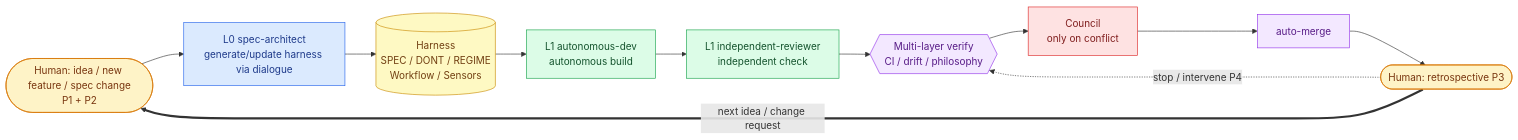
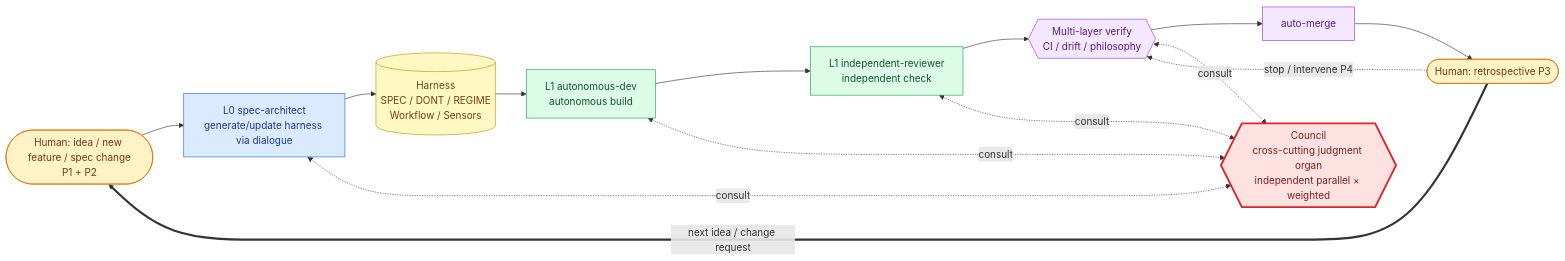
The diagram in README.en.md (samejima-ai/dialog-harness), drawn with Mermaid before and after one commit. The commit also changed other lines of this file and 1 other file, not shown here.

Commit message:
docs(readme): reposition Council as cross-cutting organ in flow diagram
旧図は VERIFY → COUNCIL → MERGE と Council を固定パイプライン step として
描いており、Council が「拮抗時の一段階」という誤解を招いていた。

Council は **判断が要る全ての地点から起動可能な横断機構** であるという
philosophy 第 7 条「サポートではなく 4 役割の 1 つ」の本来の位置づけを
図に反映:

- COUNCIL を主パイプラインから外し、独立ノードとして配置
- L0 / L1 / independent-reviewer / multi-layer verify から双方向破線
  （<-. 判断諮問 .->）で接続。それぞれの地点で判断が必要なときに
  諮問・合議結果を受け取る関係性を可視化
- COUNCIL ノードを stroke-width:3px で視覚的に区別
- 「図の読み方」セクションを追加し、太い実線 (L0 ループ) / 細い実線
  (パイプライン) / 破線 (横断 Council) の意味を明示

````diff
--- a/README.en.md
+++ b/README.en.md
@@ -78,20 +78,25 @@
 ```mermaid
 flowchart LR
     H1([Human: idea / new feature / spec change<br/>P1 + P2]):::human --> L0
     L0[L0 spec-architect<br/>generate/update harness via dialogue]:::l0 --> HARNESS[(Harness<br/>SPEC / DONT / REGIME<br/>Workflow / Sensors)]:::harness
     HARNESS --> L1[L1 autonomous-dev<br/>autonomous build]:::l1
     L1 --> REVIEW[L1 independent-reviewer<br/>independent check]:::l1
     REVIEW --> VERIFY{{Multi-layer verify<br/>CI / drift / philosophy}}:::cc
-    VERIFY --> COUNCIL[Council<br/>only on conflict]:::council
-    COUNCIL --> MERGE[auto-merge]:::cc
+    VERIFY --> MERGE[auto-merge]:::cc
     MERGE --> H3([Human: retrospective P3]):::human
     H3 == next idea / change request ==> H1
     H3 -.stop / intervene P4.-> VERIFY
+
+    COUNCIL{{Council<br/>cross-cutting judgment organ<br/>independent parallel × weighted}}:::council
+    L0 <-. consult .-> COUNCIL
+    L1 <-. consult .-> COUNCIL
+    REVIEW <-. consult .-> COUNCIL
+    VERIFY <-. consult .-> COUNCIL
 
     classDef human fill:#fef3c7,stroke:#d97706,color:#78350f
     classDef l0 fill:#dbeafe,stroke:#2563eb,color:#1e3a8a
     classDef l1 fill:#dcfce7,stroke:#16a34a,color:#14532d
     classDef harness fill:#fef9c3,stroke:#ca8a04,color:#713f12
     classDef cc fill:#f3e8ff,stroke:#9333ea,color:#581c87
-    classDef council fill:#fee2e2,stroke:#dc2626,color:#7f1d1d
+    classDef council fill:#fee2e2,stroke:#dc2626,color:#7f1d1d,stroke-width:3px
 ```
````
